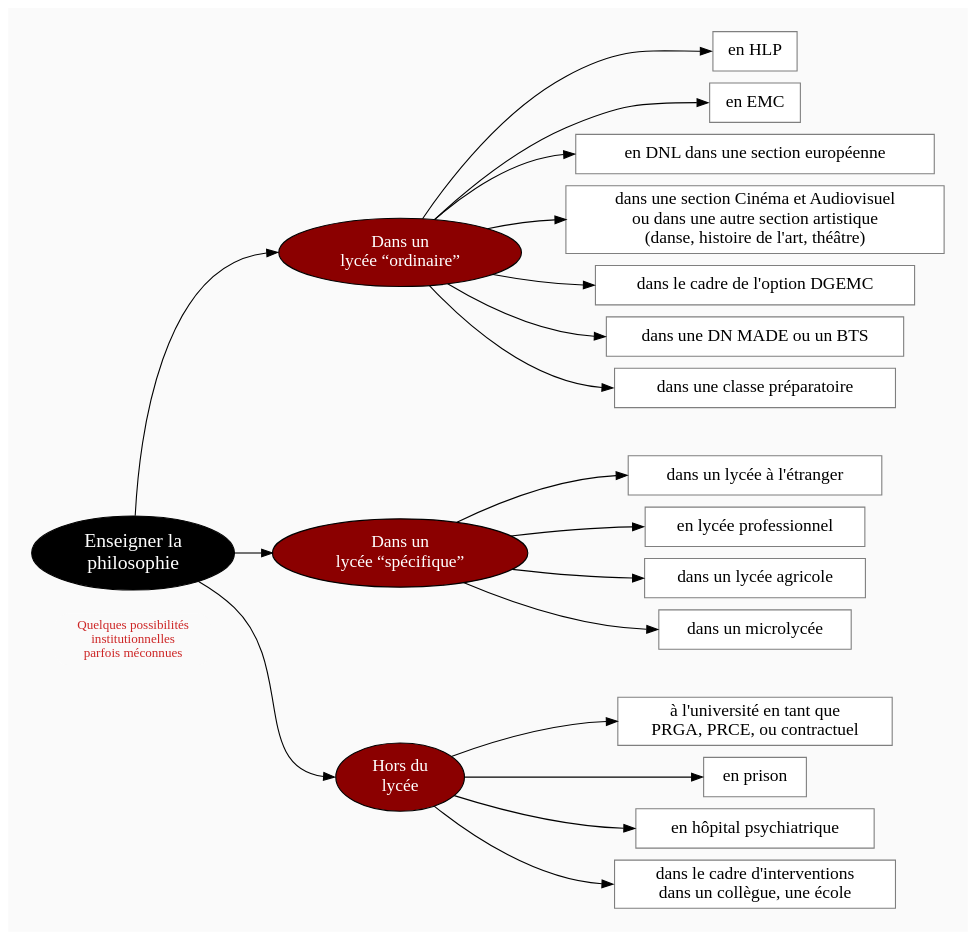
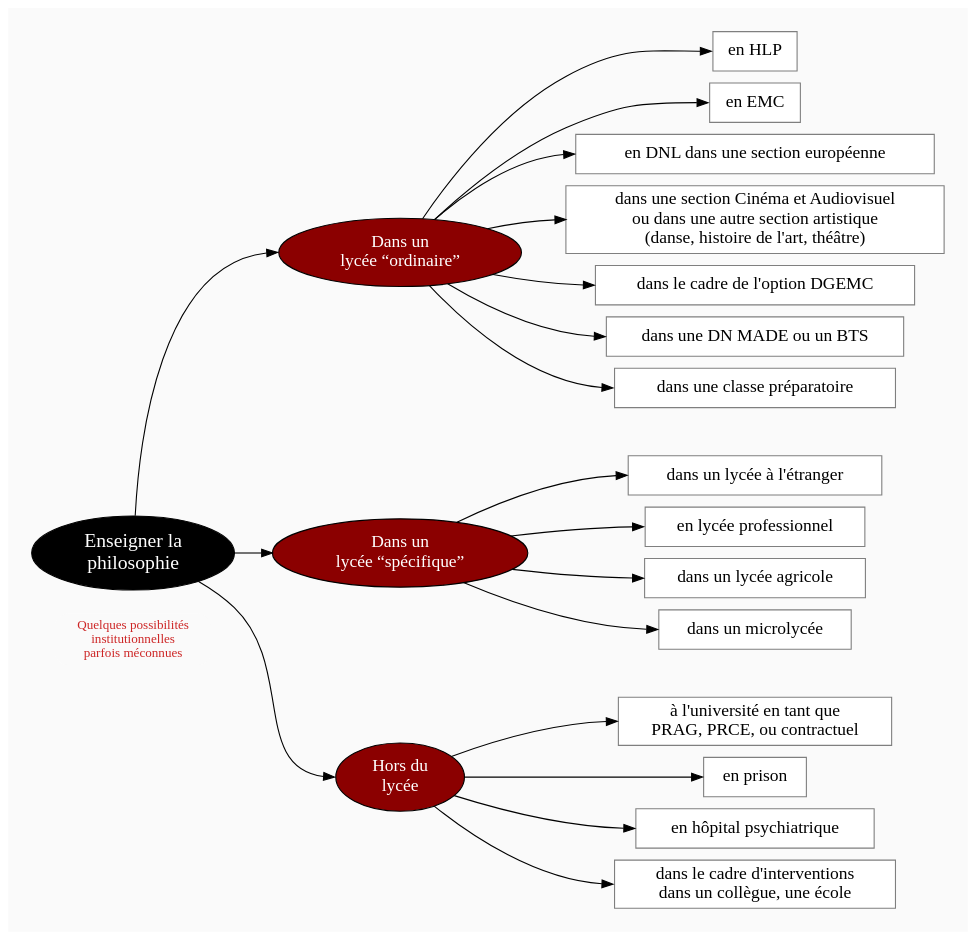
Before and after one commit to eyssette/graphviz-examples: the diagram in diagram/enseigner-la-philosophie-differentes-possibilites.dot, drawn with Graphviz.

```diff
--- a/diagram/enseigner-la-philosophie-differentes-possibilites.dot
+++ b/diagram/enseigner-la-philosophie-differentes-possibilites.dot
@@ -1,97 +1,97 @@
 digraph G {
 // Template : diagram
 // Usage : 
 rankdir=LR
 splines=true
 //splines=curved
 bgcolor=grey98
 pad=0.3
 style=filled
 edge[minlen=4]
 node[style=filled, fontcolor=white]
 ranksep=0.1
 nodesep=0.15
 
 // NIVEAU 1
 node[fillcolor=12, fontsize=18]
 a1[label="Enseigner la
 philosophie"]
 
 // NIVEAU 2
 node[fillcolor=red4, fontsize=16]
 a1->{
 b1[label="Dans un
 lycée “ordinaire”"]    
 b2[label="Dans un
 lycée “spécifique”"]    
 b3[label="Hors du
 lycée"]
 }[headport=w]
 
 node[fontcolor=black]
 // NIVEAU 3 (sans intermédiaire)
 node [shape=box, fillcolor=white, color=grey50]
 // c1[label=""]
 b1->{ca1,ca2,ca3,ca4,ca5, ca6, ca7}[headport=w]
 ca1[label="en HLP"]
 ca2[label="en EMC"]
 ca3[label="en DNL dans une section européenne"]
 ca4[label="dans une section Cinéma et Audiovisuel
 ou dans une autre section artistique
 (danse, histoire de l'art, théâtre)"]
 ca5[label="dans le cadre de l'option DGEMC"]
 
 ca6[label="dans une DN MADE ou un BTS"]
 ca7[label="dans une classe préparatoire"]
 
 b2->{cb1,cb2, cb3, cb4}[headport=w]
 cb1[label="dans un lycée à l'étranger"]
 cb2[label="en lycée professionnel"]
 cb3[label="dans un lycée agricole"]
 cb4[label="dans un microlycée"]
 
 b3->{cc1,cc2,cc3, cc4}[headport=w]
 cc1[label="à l'université en tant que
-PRGA, PRCE, ou contractuel"]
+PRAG, PRCE, ou contractuel"]
 cc2[label="en prison"]
 cc3[label="en hôpital psychiatrique"]
 cc4[label="dans le cadre d'interventions
 dans un collègue, une école"]
 
 {rank=same;ca7->cb1[style=invis]}
 {rank=same;cb4->cc1[style=invis]}
 
 // INTERMÉDIAIRE AVANT NIVEAU 3
 node[fillcolor=grey78, shape=oval]
 // [arrowhead=none]
 // bc1[label=""]
 
 // NIVEAU 3 (avec intermédiaire)
 node[fillcolor=white, shape=box, color=grey50]
 // c1[label=""]
 
 // NIVEAU 4
 node[style="filled,rounded", fillcolor=white, shape=box, color=grey50]
 // d1[label=""]
 
 
 
 // ÉTIQUETTES EN ROUGE
 node[shape=plaintext, fontcolor=firebrick3, fillcolor=grey98, fontsize=12]
 // e1[label=< <B>= Titre</B><BR /><BR />Contenu<BR /> >]
 // e1[label=""]
 // ->e1[minlen=1, style=invis]
 
 {rank=same;a1->e1[minlen=2, style=invis]}
 e1[label="Quelques possibilités
 institutionnelles
 parfois méconnues"]
 
 // REMARQUES EN BLEU
 node[color=blue, shape=box, margin=0.07, fontcolor=black, fontsize=12, style="dashed", penwidth=0.6]
 edge[color=blue, arrowhead="none", xlabel="", style="dashed", penwidth=0.6]
 // r1[label=""]
 // {rank=same;->r1}
 // {rank=same;r1->[dir=back]}
 
 }
```
